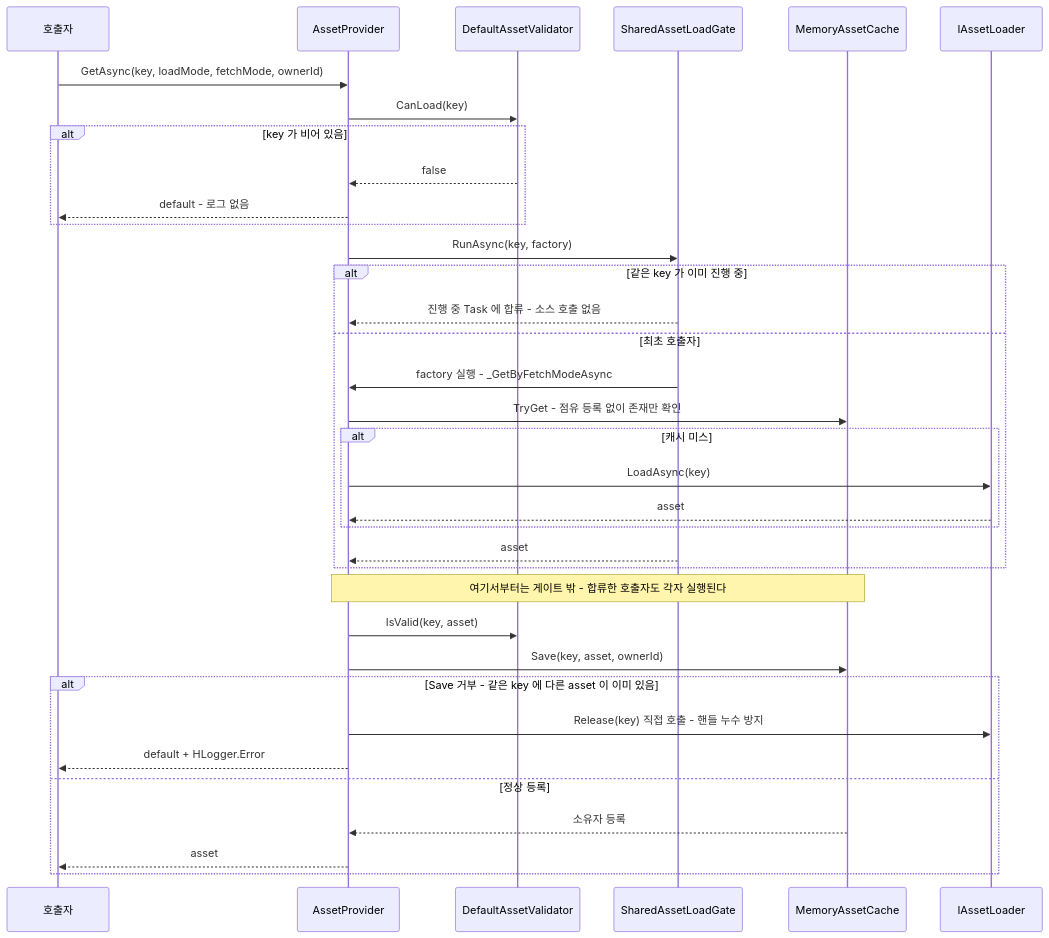
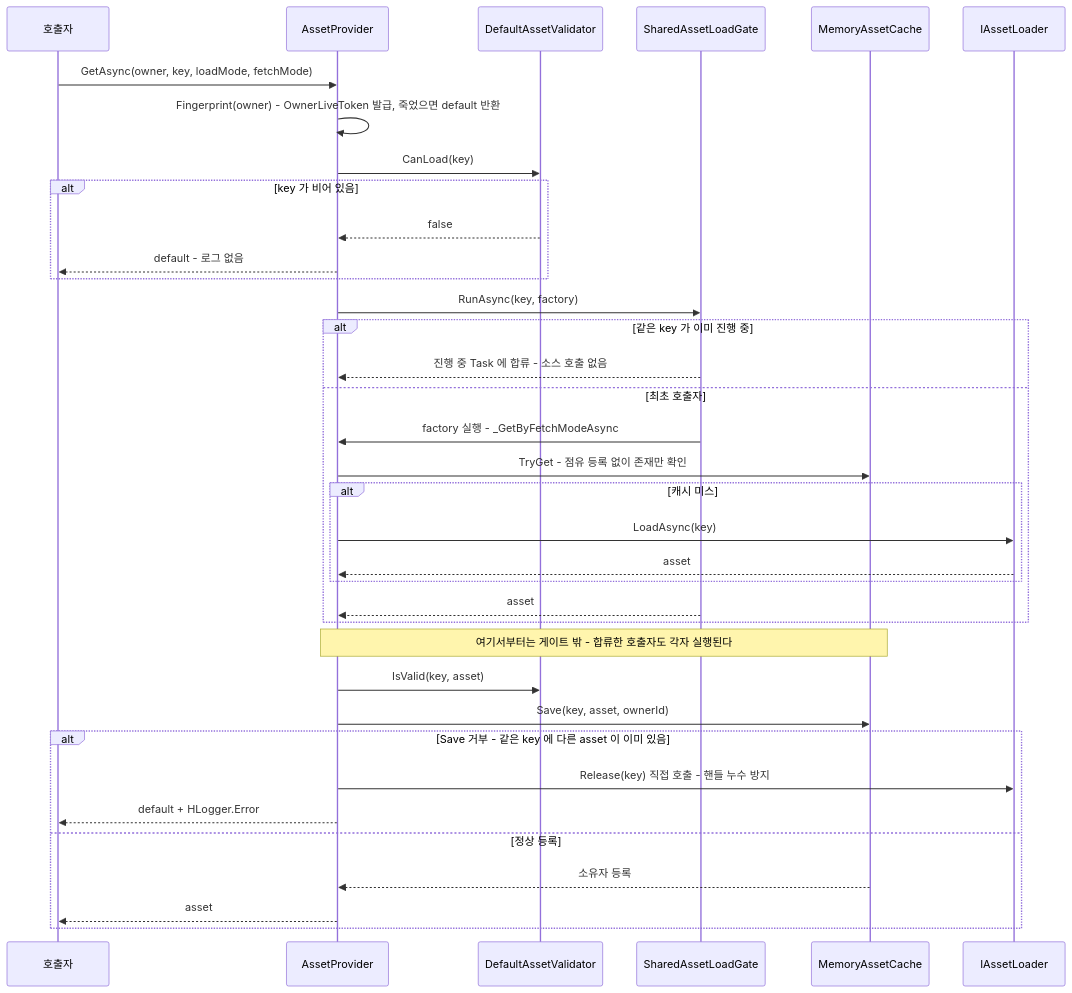
One commit to HoHong123/HCUP-Unity changed the second of 3 diagrams in HResource/Runtime/README.md. Above: the diagram before and after it, drawn with Mermaid. The commit also changed other lines of this file, not shown here.

````diff
--- a/HResource/Runtime/README.md
+++ b/HResource/Runtime/README.md
@@ -151,38 +155,39 @@
 ```mermaid
 sequenceDiagram
     participant C as 호출자
     participant P as AssetProvider
     participant V as DefaultAssetValidator
     participant G as SharedAssetLoadGate
     participant M as MemoryAssetCache
     participant L as IAssetLoader
 
-    C->>P: GetAsync(key, loadMode, fetchMode, ownerId)
+    C->>P: GetAsync(owner, key, loadMode, fetchMode)
+    P->>P: Fingerprint(owner) - OwnerLiveToken 발급, 죽었으면 default 반환
     P->>V: CanLoad(key)
     alt key 가 비어 있음
         V-->>P: false
         P-->>C: default - 로그 없음
     end
     P->>G: RunAsync(key, factory)
     alt 같은 key 가 이미 진행 중
         G-->>P: 진행 중 Task 에 합류 - 소스 호출 없음
     else 최초 호출자
         G->>P: factory 실행 - _GetByFetchModeAsync
         P->>M: TryGet - 점유 등록 없이 존재만 확인
         alt 캐시 미스
             P->>L: LoadAsync(key)
             L-->>P: asset
         end
         G-->>P: asset
     end
     Note over P,M: 여기서부터는 게이트 밖 - 합류한 호출자도 각자 실행된다
     P->>V: IsValid(key, asset)
     P->>M: Save(key, asset, ownerId)
     alt Save 거부 - 같은 key 에 다른 asset 이 이미 있음
         P->>L: Release(key) 직접 호출 - 핸들 누수 방지
         P-->>C: default + HLogger.Error
     else 정상 등록
         M-->>P: 소유자 등록
         P-->>C: asset
     end
 ```
````
